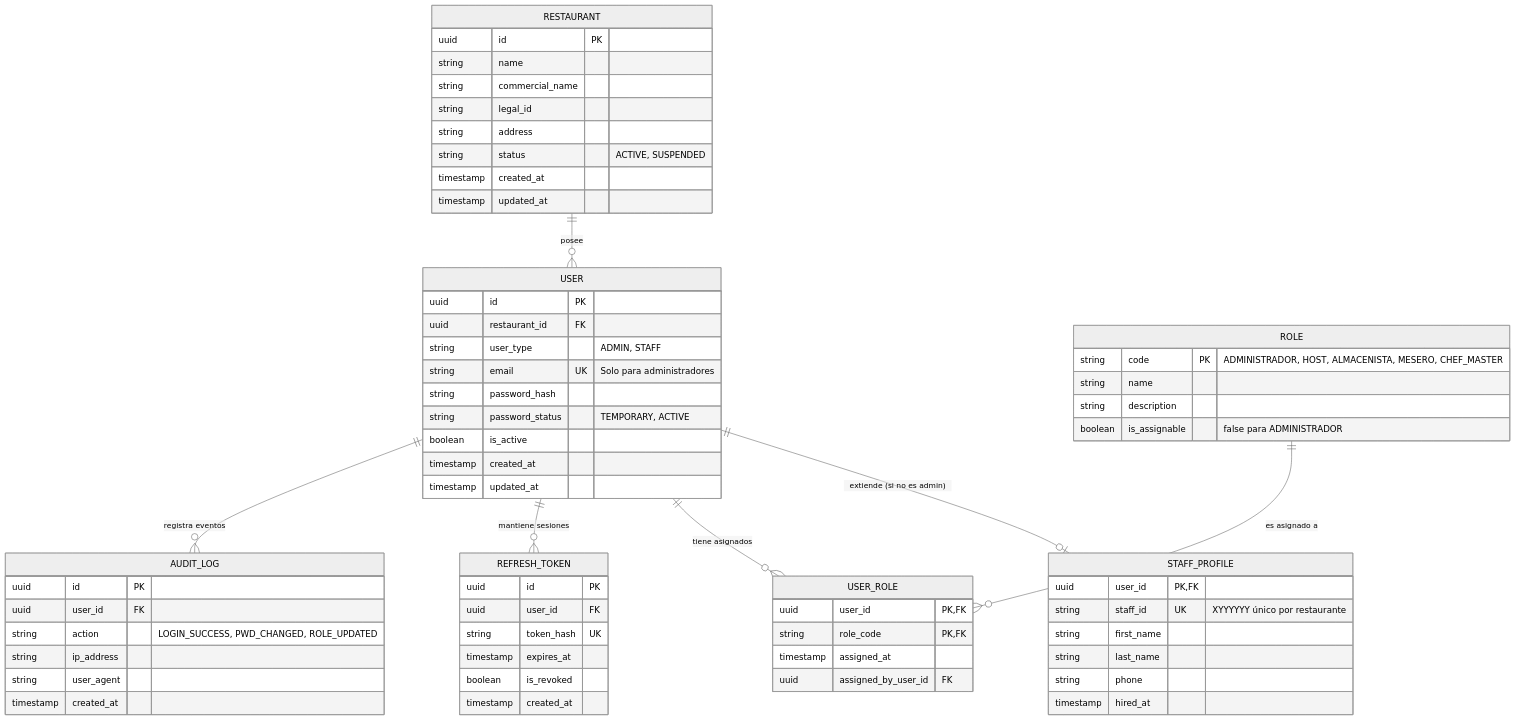
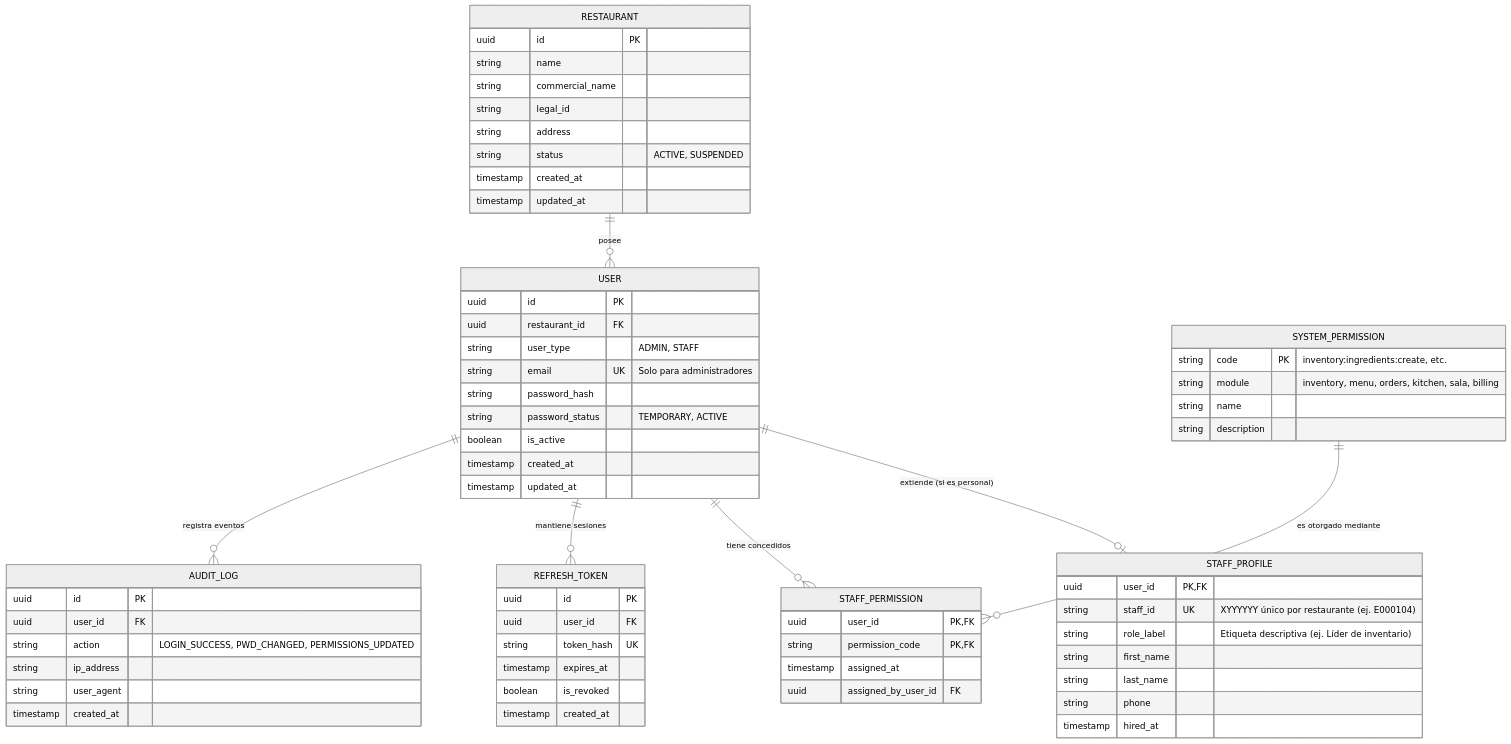
One commit to FMAT-Restaurant/Auth-Documentation changed the second of 3 diagrams in output/ers/architecture.md. Above: the diagram before and after it, drawn with Mermaid (neutral theme). The commit also changed other lines of this file and 9 other files, not shown here.

````diff
--- a/output/ers/architecture.md
+++ b/output/ers/architecture.md
@@ -115,73 +126,74 @@
 ```mermaid
 erDiagram
     RESTAURANT ||--o{ USER : "posee"
-    USER ||--o| STAFF_PROFILE : "extiende (si no es admin)"
-    USER ||--o{ USER_ROLE : "tiene asignados"
-    ROLE ||--o{ USER_ROLE : "es asignado a"
+    USER ||--o| STAFF_PROFILE : "extiende (si es personal)"
+    USER ||--o{ STAFF_PERMISSION : "tiene concedidos"
+    SYSTEM_PERMISSION ||--o{ STAFF_PERMISSION : "es otorgado mediante"
     USER ||--o{ REFRESH_TOKEN : "mantiene sesiones"
     USER ||--o{ AUDIT_LOG : "registra eventos"
 
     RESTAURANT {
         uuid id PK
         string name
         string commercial_name
         string legal_id
         string address
         string status "ACTIVE, SUSPENDED"
         timestamp created_at
         timestamp updated_at
     }
 
     USER {
         uuid id PK
         uuid restaurant_id FK
         string user_type "ADMIN, STAFF"
         string email UK "Solo para administradores"
         string password_hash
         string password_status "TEMPORARY, ACTIVE"
         boolean is_active
         timestamp created_at
         timestamp updated_at
     }
 
     STAFF_PROFILE {
         uuid user_id PK, FK
-        string staff_id UK "XYYYYYY único por restaurante"
+        string staff_id UK "XYYYYYY único por restaurante (ej. E000104)"
+        string role_label "Etiqueta descriptiva (ej. Líder de inventario)"
         string first_name
         string last_name
         string phone
         timestamp hired_at
     }
 
-    ROLE {
-        string code PK "ADMINISTRADOR, HOST, ALMACENISTA, MESERO, CHEF_MASTER"
+    SYSTEM_PERMISSION {
+        string code PK "inventory:ingredients:create, etc."
+        string module "inventory, menu, orders, kitchen, sala, billing"
         string name
         string description
-        boolean is_assignable "false para ADMINISTRADOR"
     }
 
-    USER_ROLE {
+    STAFF_PERMISSION {
         uuid user_id PK, FK
-        string role_code PK, FK
+        string permission_code PK, FK
         timestamp assigned_at
         uuid assigned_by_user_id FK
     }
 
     REFRESH_TOKEN {
         uuid id PK
         uuid user_id FK
         string token_hash UK
         timestamp expires_at
         boolean is_revoked
         timestamp created_at
     }
 
     AUDIT_LOG {
         uuid id PK
         uuid user_id FK
-        string action "LOGIN_SUCCESS, PWD_CHANGED, ROLE_UPDATED"
+        string action "LOGIN_SUCCESS, PWD_CHANGED, PERMISSIONS_UPDATED"
         string ip_address
         string user_agent
         timestamp created_at
     }
 ```
````
